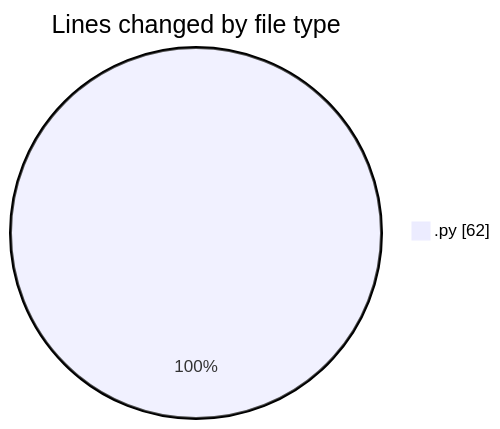
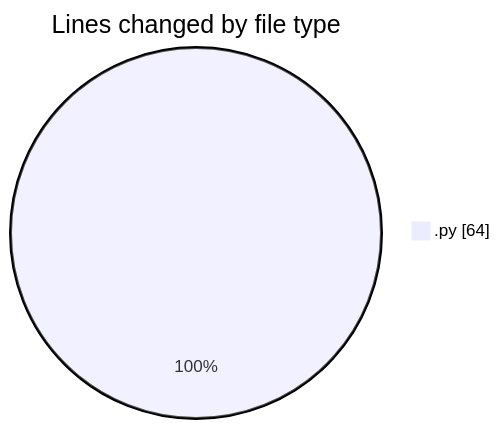
One commit to hasnaa123/code-tracking changed the first of 2 diagrams in 2026-02-23/student_performance_system/README.md. Above: the diagram before and after it, drawn with Mermaid. The commit also changed other lines of this file and 1 other file, not shown here.

````diff
--- a/2026-02-23/student_performance_system/README.md
+++ b/2026-02-23/student_performance_system/README.md
@@ -20,5 +20,5 @@
 ```mermaid
 pie showData
 title Lines changed by file type
-".py" : 62
+".py" : 64
 ```
````
